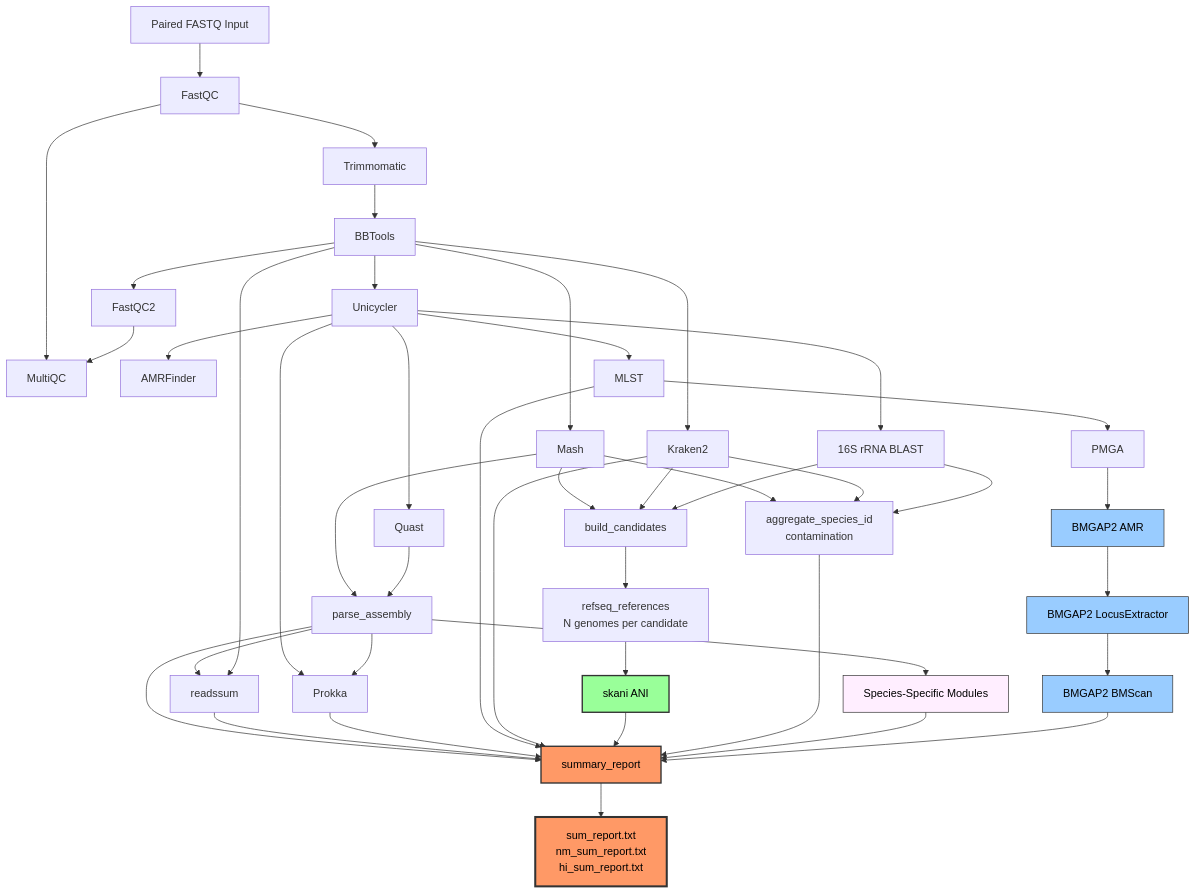
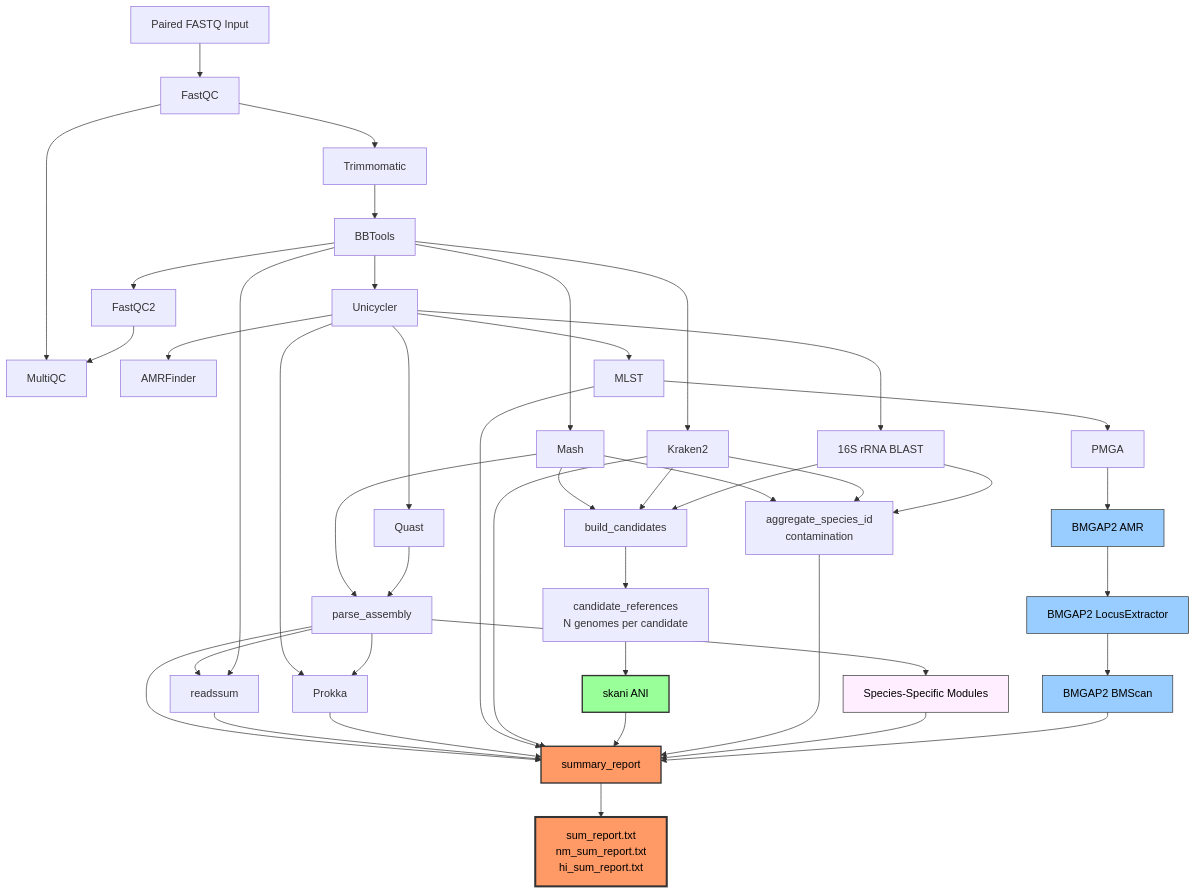
The diagram in README.md (BPHL-Molecular/Sanibel), drawn with Mermaid before and after one commit. The commit also changed other lines of this file and 22 other files, not shown here.

````diff
--- a/README.md
+++ b/README.md
@@ -129,62 +129,62 @@
 ```mermaid
 flowchart TD
     A[Paired FASTQ Input] --> B[FastQC]
     B --> C[Trimmomatic]
     C --> D[BBTools]
     D --> E[FastQC2]
     B --> F[MultiQC]
     E --> F
 
     D --> G[Mash]
     D --> H[Unicycler]
     D --> I[Kraken2]
 
     H --> J[Quast]
     H --> K[AMRFinder]
     H --> L[MLST]
     H --> M[Prokka]
     H --> W[16S rRNA BLAST]
 
     G --> O[parse_assembly]
     J --> O
     O --> M
     O --> P[readssum]
     D --> P
 
     %% Species ID: candidate pool to multi-reference skani ANI
     G --> CP[build_candidates]
     I --> CP
     W --> CP
-    CP --> RR[refseq_references<br/>N genomes per candidate]
+    CP --> RR[candidate_references<br/>N genomes per candidate]
     RR --> SK[skani ANI]
 
     G --> AG[aggregate_species_id<br/>contamination]
     I --> AG
     W --> AG
 
     O --> SP[Species-Specific Modules]
     L --> NM[PMGA]
     NM --> S[BMGAP2 AMR]
     S --> T[BMGAP2 LocusExtractor]
     T --> U[BMGAP2 BMScan]
 
     O --> X[summary_report]
     P --> X
     M --> X
     L --> X
     I --> X
     SK --> X
     AG --> X
     SP --> X
     U --> X
 
     X --> Y[sum_report.txt<br/>nm_sum_report.txt<br/>hi_sum_report.txt]
 
     style SP fill:#fef,stroke:#333,color:#000
     style SK fill:#9f9,stroke:#333,stroke-width:2px,color:#000
     style S fill:#9cf,stroke:#333,color:#000
     style T fill:#9cf,stroke:#333,color:#000
     style U fill:#9cf,stroke:#333,color:#000
     style X fill:#f96,stroke:#333,stroke-width:2px,color:#000
     style Y fill:#f96,stroke:#333,stroke-width:3px,color:#000
 ```
````
